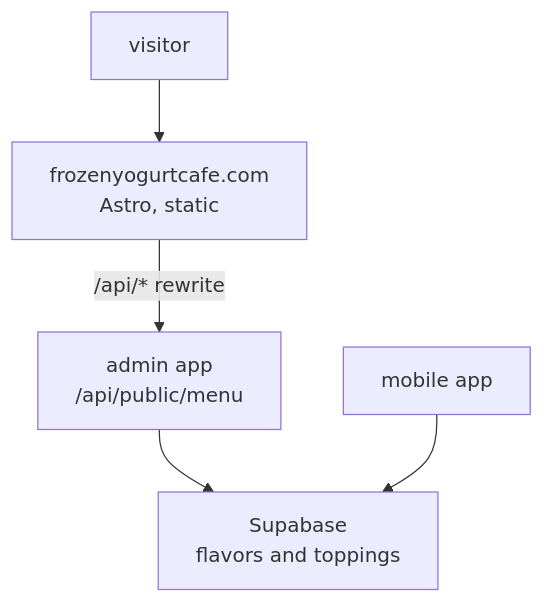
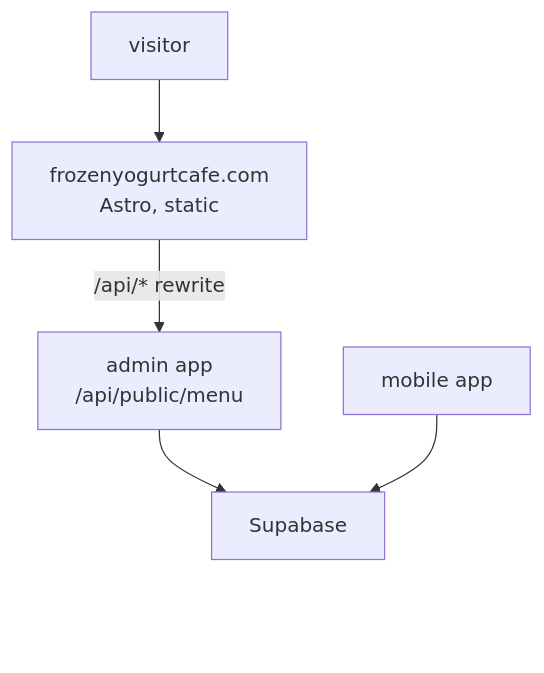
Before and after one commit to mobilteknolojileri/case-studies: the first of 3 diagrams in getyo.md, drawn with Mermaid. The commit also changed other lines of this file, not shown here.

Commit message:
docs(getyo): keep diagrams clear of github zoom controls

````diff
--- a/getyo.md
+++ b/getyo.md
@@ -30,13 +30,17 @@
 ```mermaid
 flowchart TD
     V["visitor"]
     S["frozenyogurtcafe.com<br/>Astro, static"]
     N["admin app<br/>/api/public/menu"]
-    D["Supabase<br/>flavors and toppings"]
+    D["Supabase"]
     M["mobile app"]
+    SP[" "]
 
     V --> S
     S -->|"/api/* rewrite"| N
     N --> D
     M --> D
+    D ~~~ SP
+    classDef spacer fill:none,stroke:none
+    class SP spacer
 ```
````
